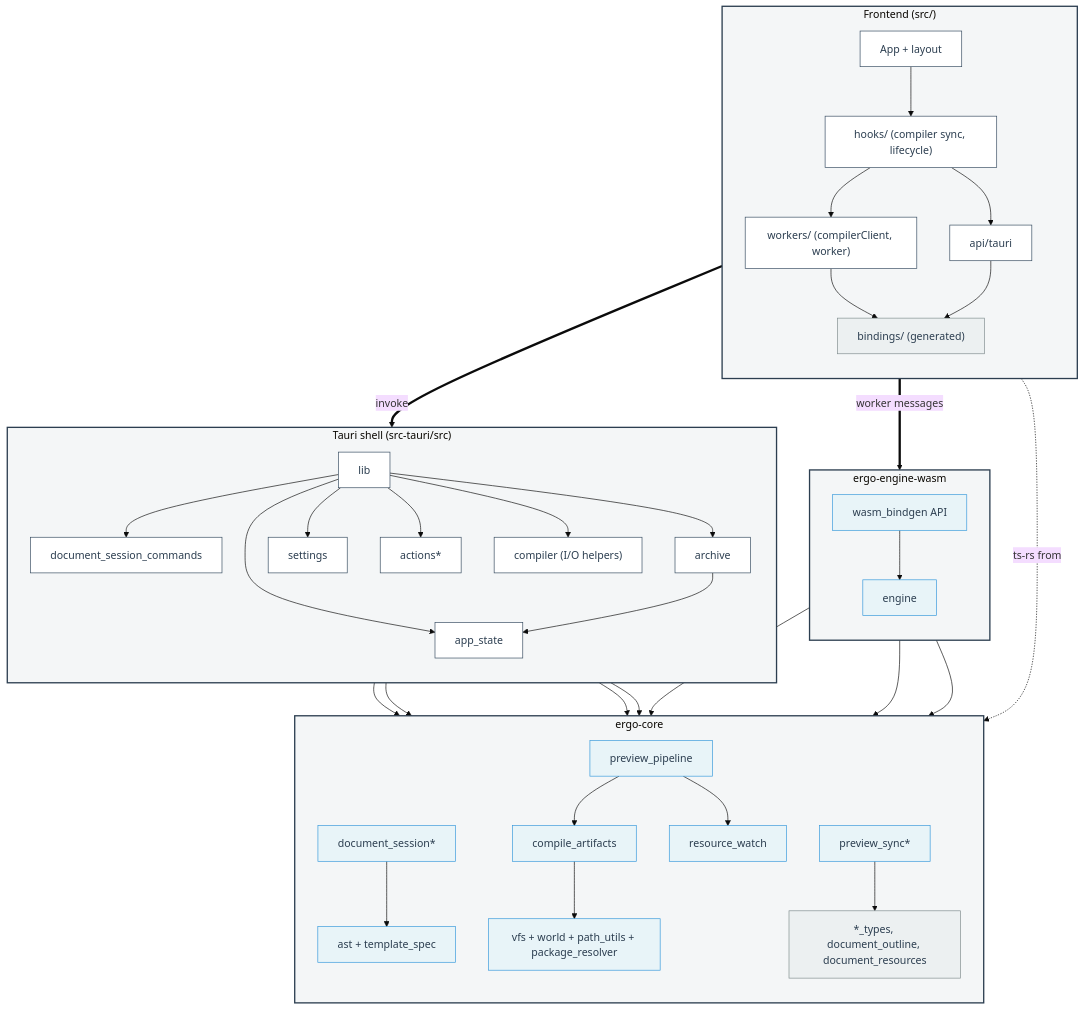
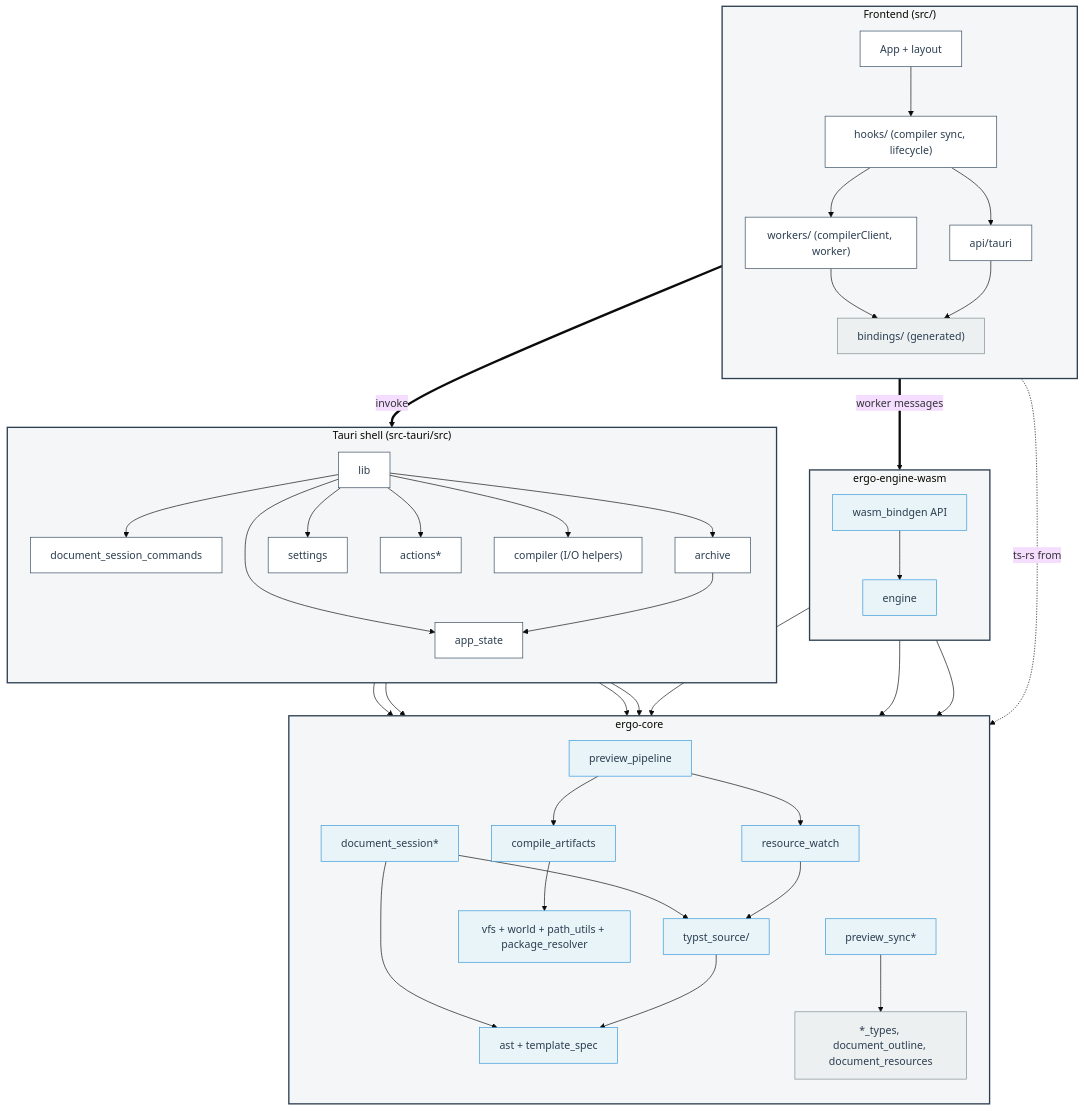
One commit to andmoreduro/ergo changed the diagram in context/package-diagrams.md. Above: the diagram before and after it, drawn with Mermaid (base theme). The commit also changed other lines of this file and 70 other files, not shown here.

```diff
--- a/context/package-diagrams.md
+++ b/context/package-diagrams.md
@@ -33,6 +33,7 @@
     subgraph CoreCrate ["ergo-core"]
         direction TB
         Session["document_session*"]:::crate
+        TypstSource["typst_source/"]:::crate
         PreviewPipe["preview_pipeline"]:::crate
         PreviewSync["preview_sync*"]:::crate
         CompileArt["compile_artifacts"]:::crate
@@ -47,6 +48,9 @@
         PreviewPipe --> CompileArt
         PreviewPipe --> ResourceWatch
         Session --> Ast
+        Session --> TypstSource
+        TypstSource --> Ast
+        ResourceWatch --> TypstSource
         CompileArt --> Vfs
         PreviewSync --> DtoGen
     end
```
